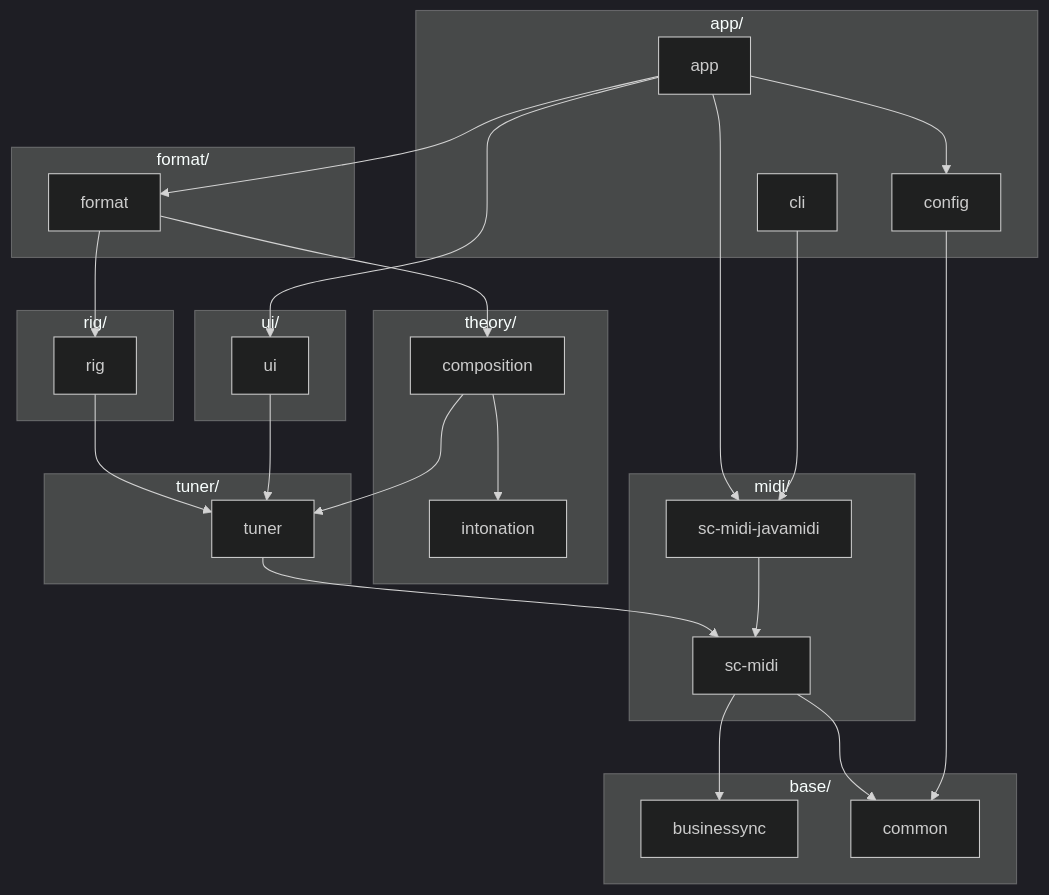
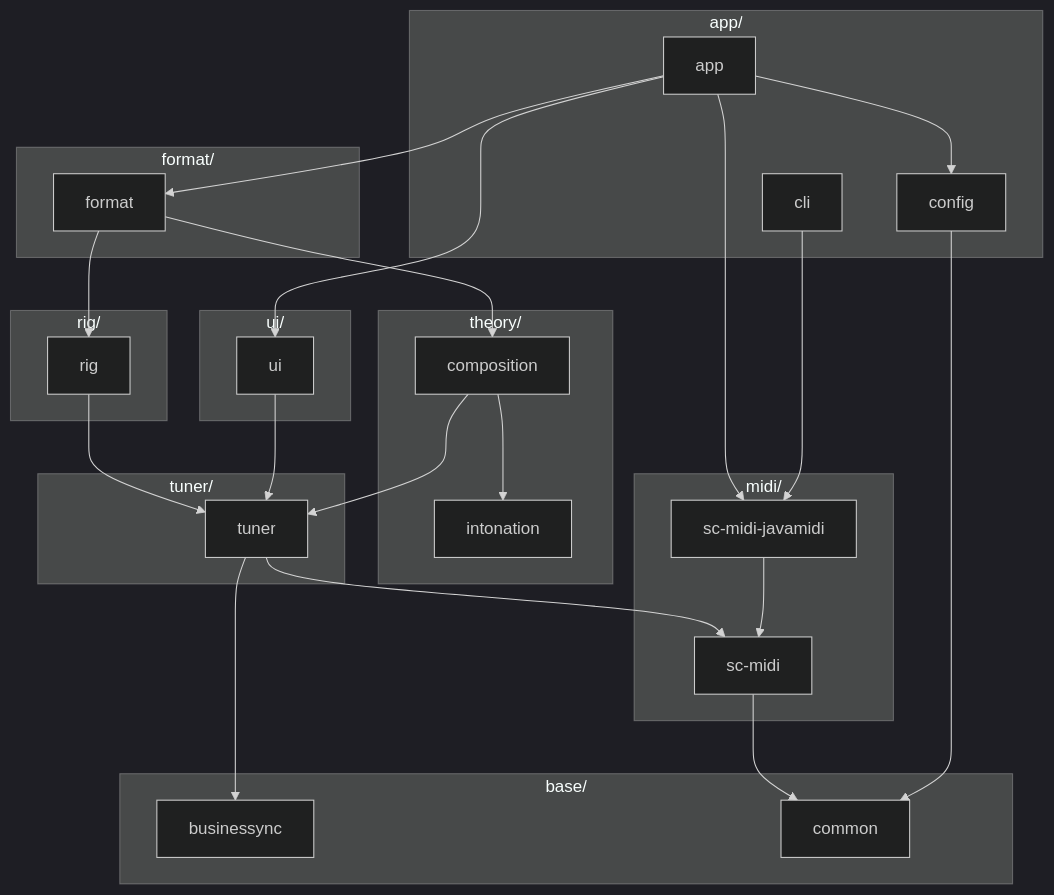
Before and after one commit to calinburloiu/microtonalist: the diagram in docs/architecture/module-overview.md, drawn with Mermaid (dark theme). The commit also changed 17 other files, not shown here.

First line of the commit message:
[#366/#376] Decouple sc-midi from businessync (#378)

````diff
--- a/docs/architecture/module-overview.md
+++ b/docs/architecture/module-overview.md
@@ -42,42 +42,42 @@
 ```mermaid
 flowchart TD
   subgraph appGroup ["app/"]
     app
     config
     cli
   end
   subgraph uiGroup ["ui/"]
     ui
   end
   subgraph formatGroup ["format/"]
     format
   end
   subgraph rigGroup ["rig/"]
     rig
   end
   subgraph theoryGroup ["theory/"]
     composition
     intonation
   end
   subgraph tunerGroup ["tuner/"]
     tuner
   end
   subgraph midiGroup ["midi/"]
     scMidiJavamidi["sc-midi-javamidi"]
     scMidi["sc-midi"]
   end
   subgraph baseGroup ["base/"]
     businessync
     common
   end
   app --> config & ui & format & scMidiJavamidi
   format --> composition & rig
   composition --> intonation & tuner
   rig --> tuner
   ui --> tuner
-  tuner --> scMidi
+  tuner --> scMidi & businessync
   cli --> scMidiJavamidi
   scMidiJavamidi --> scMidi
-  scMidi --> businessync & common
+  scMidi --> common
   config --> common
 ```
````
